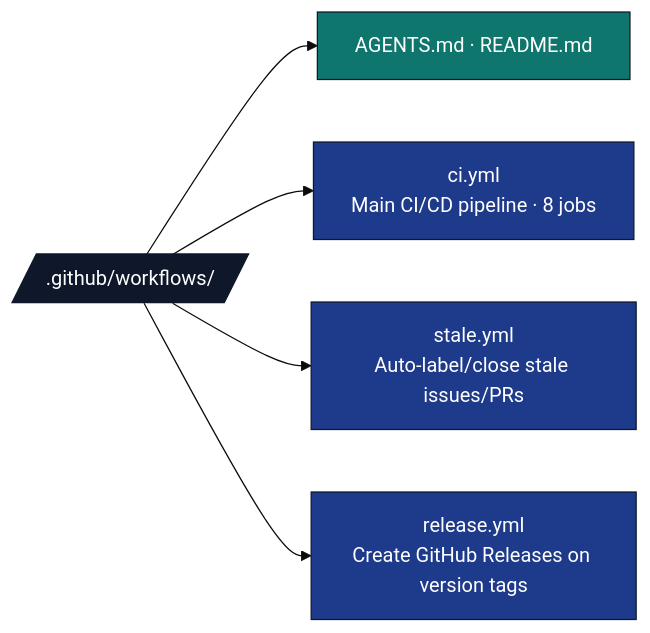
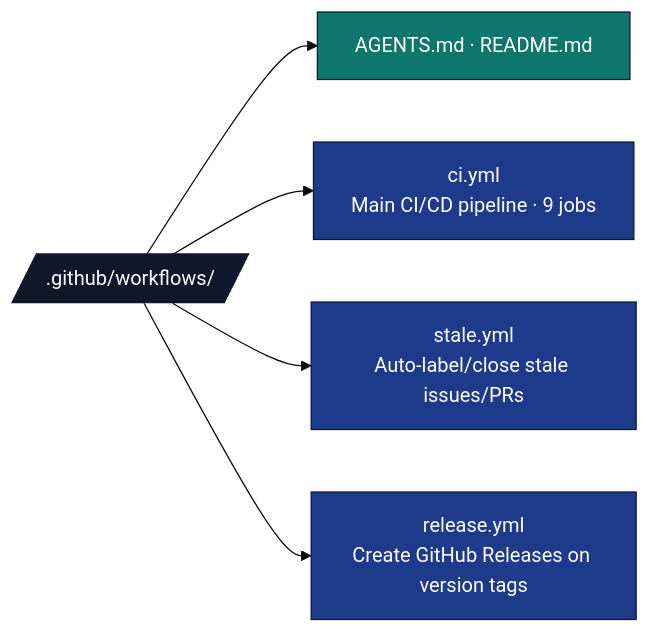
One commit to docxology/template changed the first of 2 diagrams in .github/workflows/AGENTS.md. Above: the diagram before and after it, drawn with Mermaid (base theme). The commit also changed other lines of this file and 210 other files, not shown here.

````diff
--- a/.github/workflows/AGENTS.md
+++ b/.github/workflows/AGENTS.md
@@ -9,15 +9,15 @@
 ```mermaid
 flowchart LR
     W[/.github/workflows//]
     W --> META[AGENTS.md · README.md]
-    W --> CI[ci.yml<br/>Main CI/CD pipeline · 8 jobs]
+    W --> CI[ci.yml<br/>Main CI/CD pipeline · 9 jobs]
     W --> STALE[stale.yml<br/>Auto-label/close stale issues/PRs]
     W --> REL[release.yml<br/>Create GitHub Releases on version tags]
 
     classDef d fill:#0f172a,stroke:#0f172a,color:#fff
     classDef code fill:#1e3a8a,stroke:#0f172a,color:#fff
     classDef doc fill:#0f766e,stroke:#0f172a,color:#fff
     class W d
     class CI,STALE,REL code
     class META doc
 ```
````
